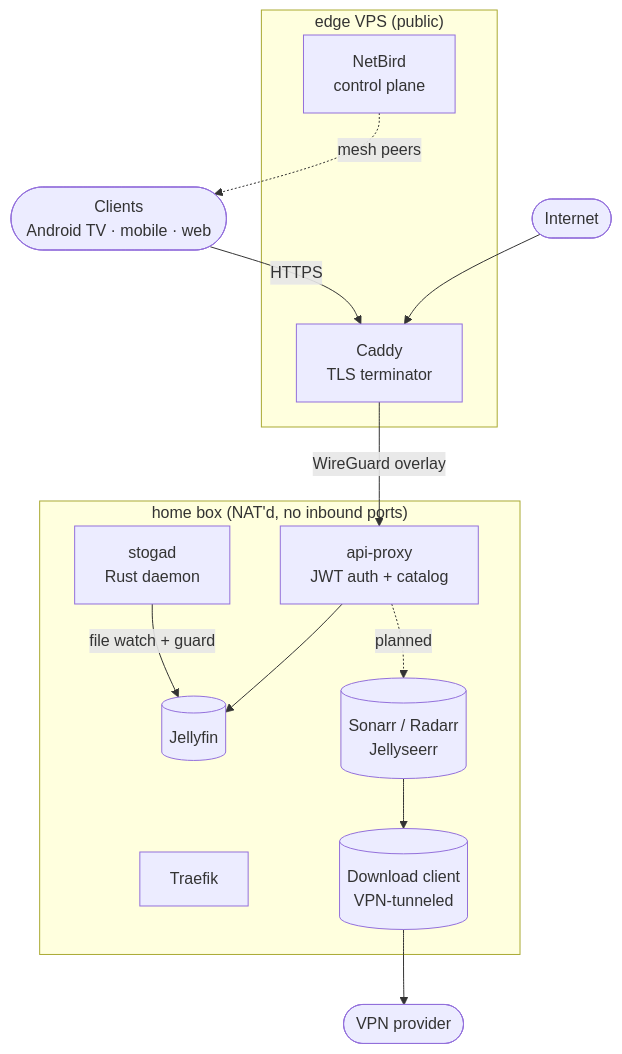
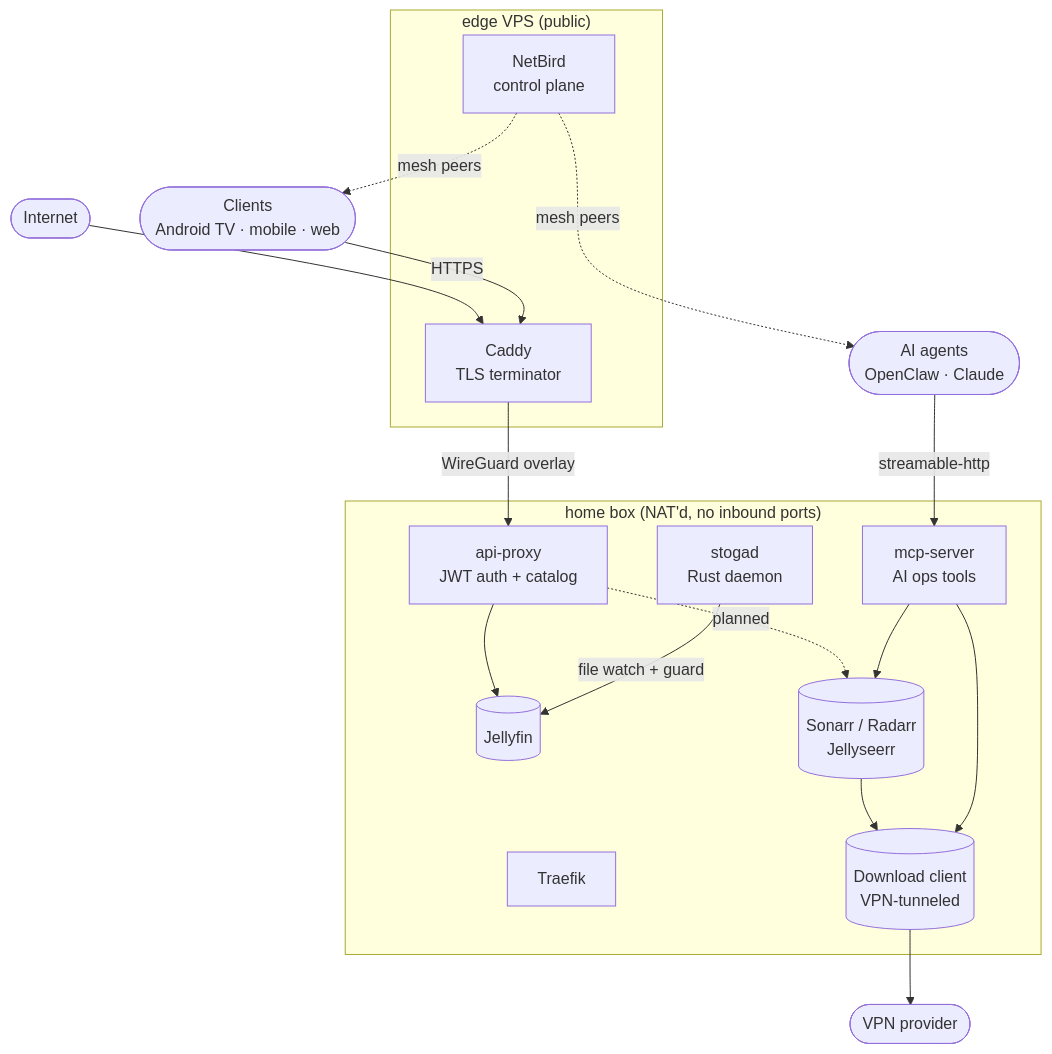
The diagram in profile/README.md (Stoganet/.github), drawn with Mermaid before and after one commit. The commit also changed other lines of this file, not shown here.

Commit message:
docs: add mcp to org profile

````diff
--- a/profile/README.md
+++ b/profile/README.md
@@ -19,31 +20,37 @@
 ```mermaid
 flowchart TD
   Internet([Internet])
 
   subgraph vps["edge VPS (public)"]
     Caddy[Caddy\nTLS terminator]
     NetBird[NetBird\ncontrol plane]
   end
 
   subgraph home["home box (NAT'd, no inbound ports)"]
     Proxy[api-proxy\nJWT auth + catalog]
     Traefik[Traefik]
     JF[(Jellyfin)]
     Arr[(Sonarr / Radarr\nJellyseerr)]
     QB[(Download client\nVPN-tunneled)]
     Stogad[stogad\nRust daemon]
+    MCP[mcp-server\nAI ops tools]
   end
 
   Clients([Clients\nAndroid TV · mobile · web])
+  AI([AI agents\nOpenClaw · Claude])
   VPN([VPN provider])
 
   Internet --> Caddy
   Caddy -->|WireGuard overlay| Proxy
   Proxy --> JF
   Proxy -.->|planned| Arr
   Arr --> QB
   QB --> VPN
   Stogad -->|file watch + guard| JF
   NetBird -.->|mesh peers| Clients
+  NetBird -.->|mesh peers| AI
   Clients -->|HTTPS| Caddy
+  AI -->|streamable-http| MCP
+  MCP --> Arr
+  MCP --> QB
 ```
````
